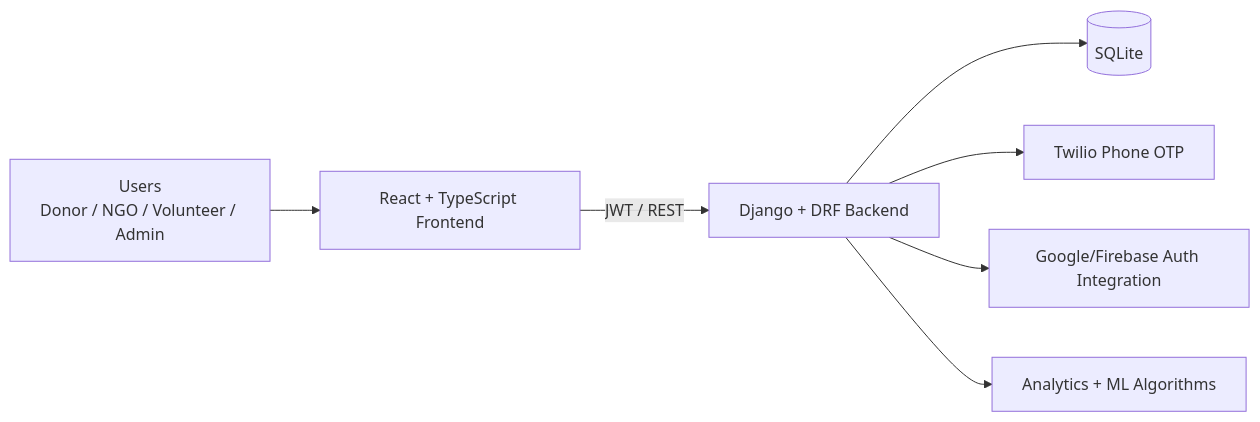
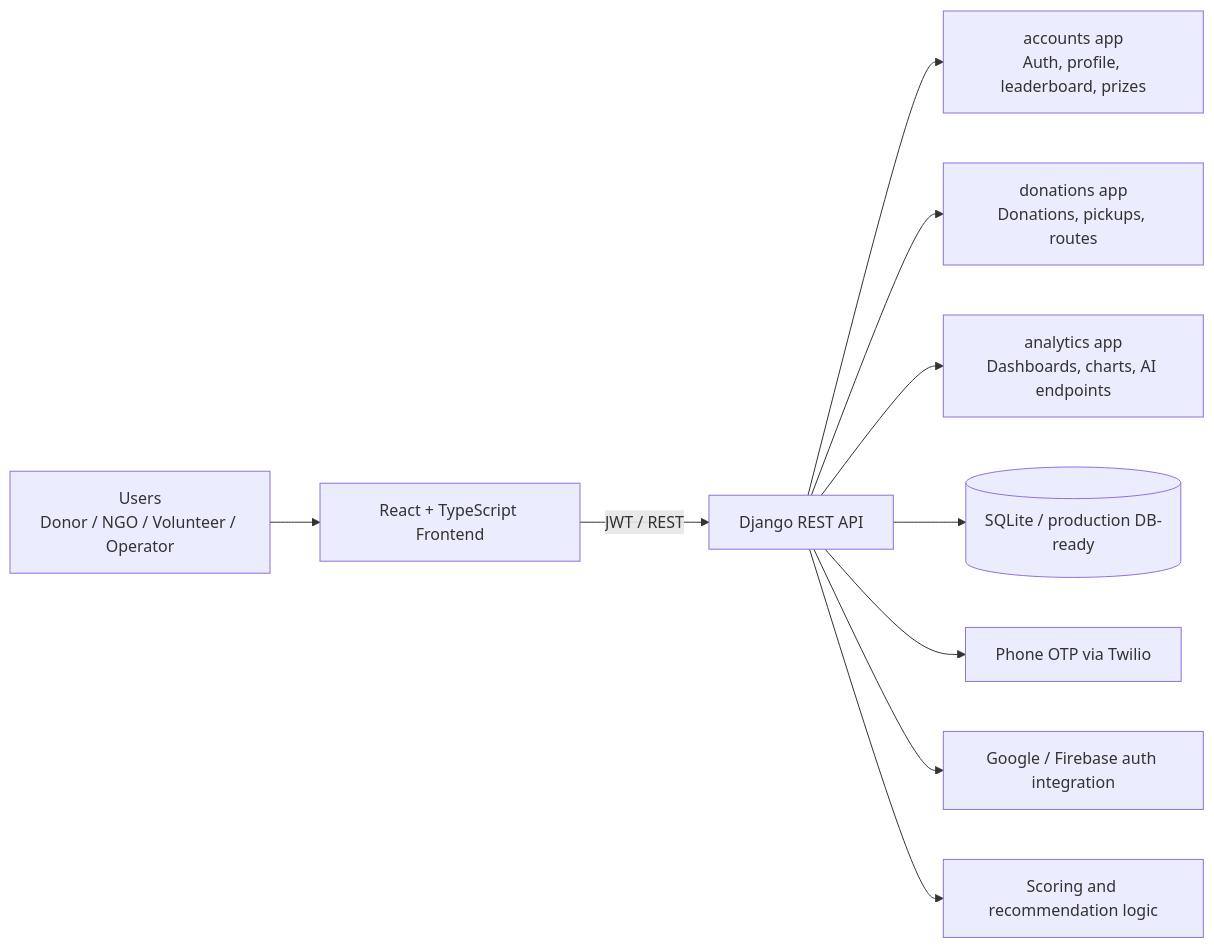
The first of 3 diagrams in README.md (Rahul-panda564/FoodSave), drawn with Mermaid before and after one commit. The commit also changed other lines of this file, not shown here.

````diff
--- a/README.md
+++ b/README.md
@@ -113,9 +82,12 @@
 ```mermaid
 flowchart LR
-	U[Users<br/>Donor / NGO / Volunteer / Admin] --> F[React + TypeScript Frontend]
-	F -->|JWT / REST| B[Django + DRF Backend]
-	B --> DB[(SQLite)]
-	B --> OTP[Twilio Phone OTP]
-	B --> GA[Google/Firebase Auth Integration]
-	B --> AI[Analytics + ML Algorithms]
+  U[Users\nDonor / NGO / Volunteer / Operator] --> FE[React + TypeScript Frontend]
+  FE -->|JWT / REST| API[Django REST API]
+  API --> ACC[accounts app\nAuth, profile, leaderboard, prizes]
+  API --> DON[donations app\nDonations, pickups, routes]
+  API --> ANA[analytics app\nDashboards, charts, AI endpoints]
+  API --> DB[(SQLite / production DB-ready)]
+  API --> OTP[Phone OTP via Twilio]
+  API --> FIREBASE[Google / Firebase auth integration]
+  API --> ML[Scoring and recommendation logic]
 ```
````
